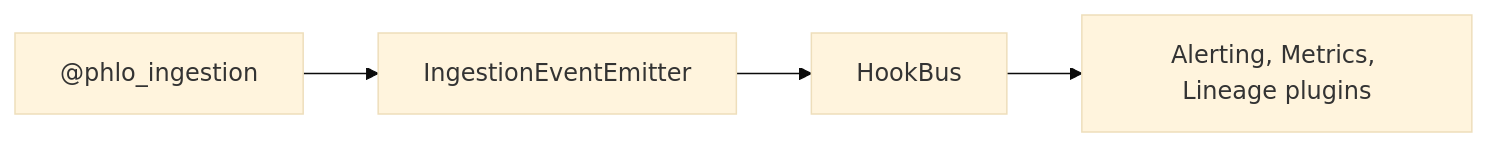
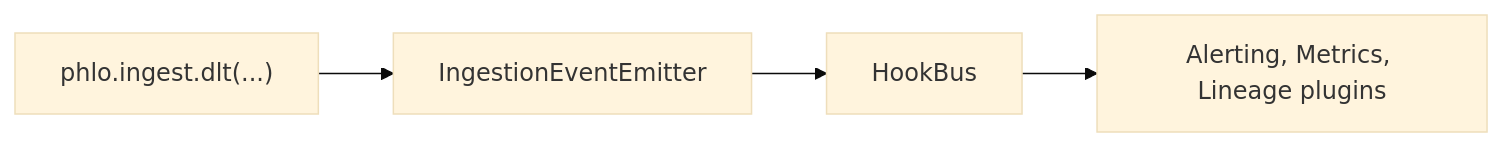
One commit to phlohouse/website changed the diagram in web-next/content/phlo-docs/packages/phlo-dlt.mdx. Above: the diagram before and after it, drawn with Mermaid (base theme). The commit also changed other lines of this file and 39 other files, not shown here.

````diff
--- a/web-next/content/phlo-docs/packages/phlo-dlt.mdx
+++ b/web-next/content/phlo-docs/packages/phlo-dlt.mdx
@@ -46,9 +46,9 @@
 ```mermaid
 flowchart LR
-    ingestion["@phlo_ingestion"]
+    ingestion["phlo.ingest.dlt(...)"]
     emitter[IngestionEventEmitter]
     hookbus[HookBus]
     plugins["Alerting, Metrics, Lineage plugins"]
 
     ingestion --> emitter --> hookbus --> plugins
 ```
````
